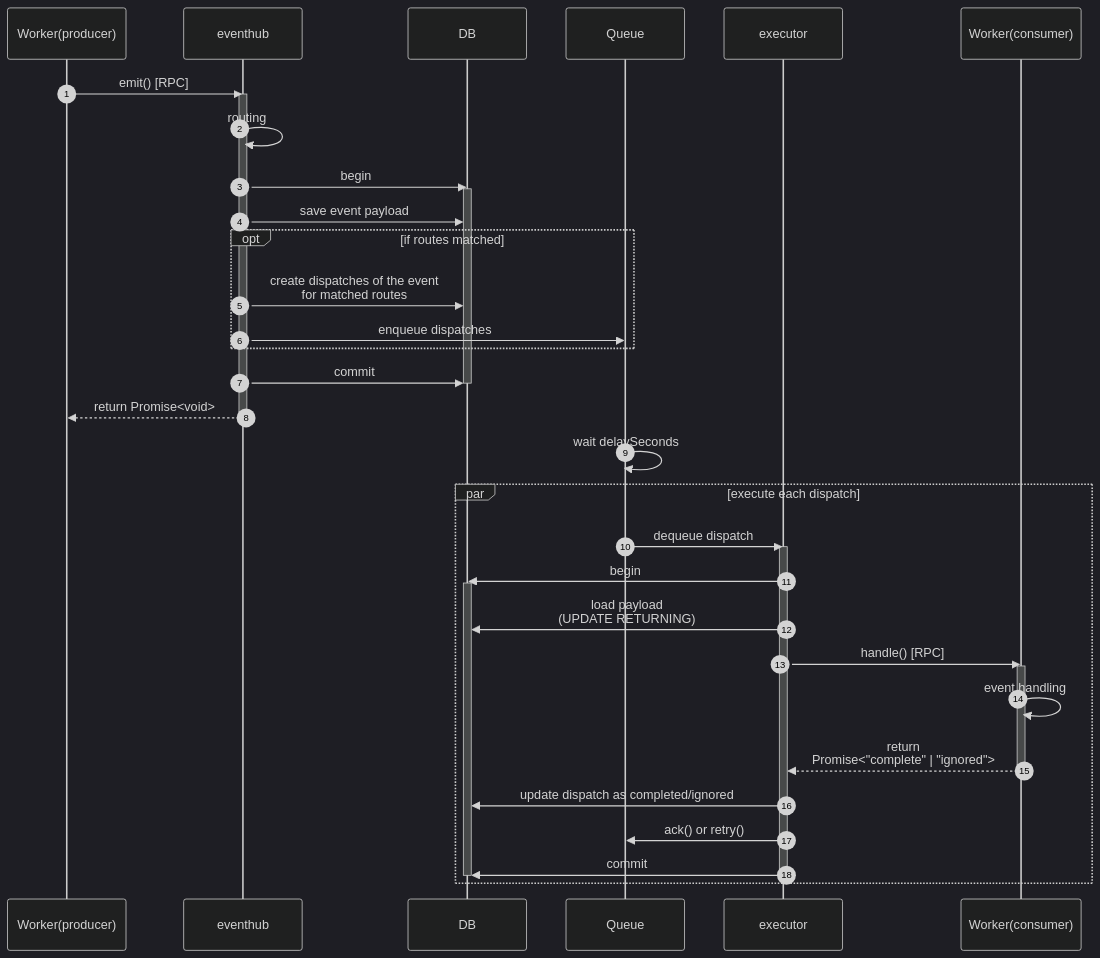
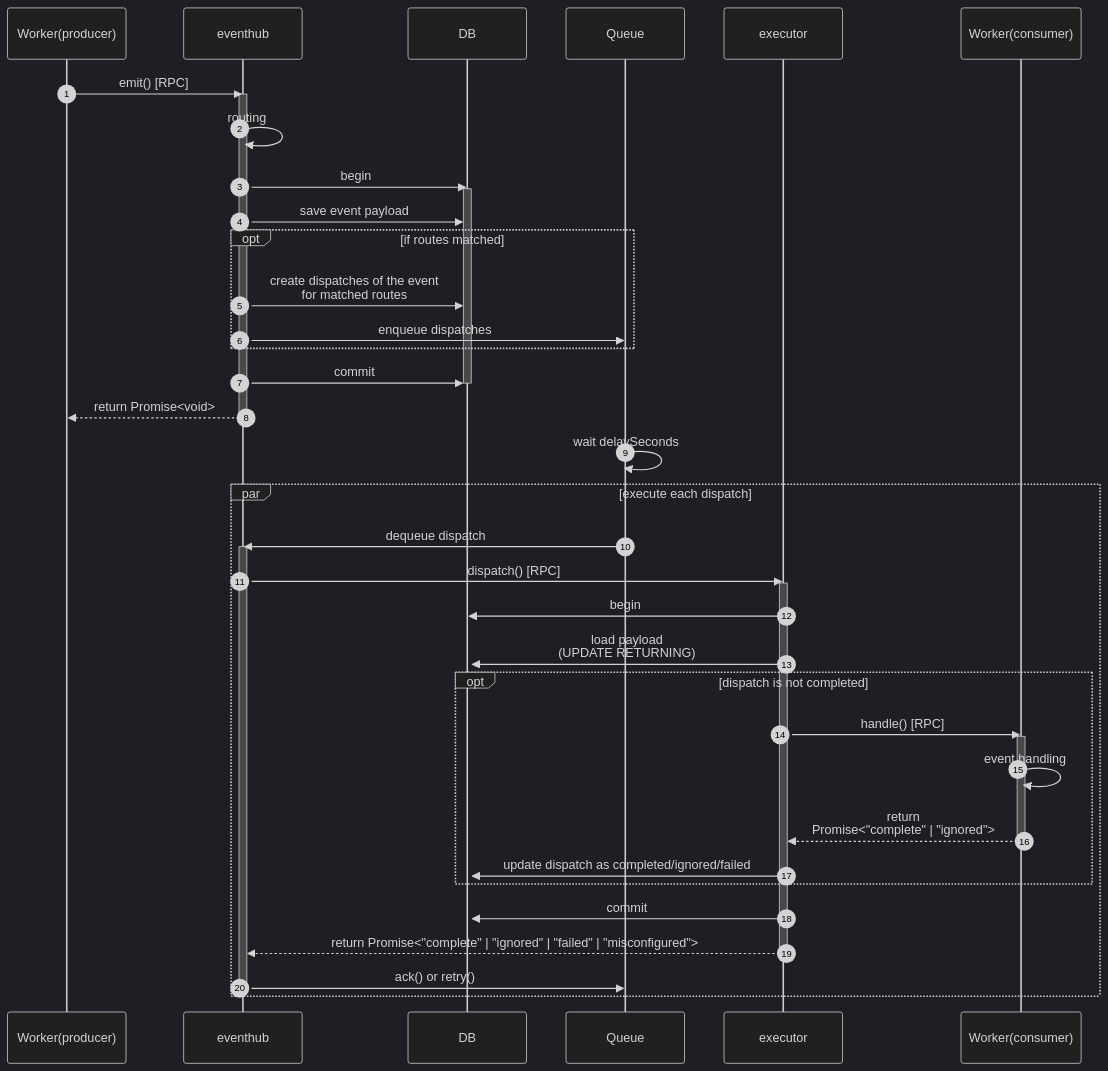
One commit to daichitakahashi/cf-eventhub changed the first of 2 diagrams in README.md. Above: the diagram before and after it, drawn with Mermaid (dark theme). The commit also changed 1 other file, not shown here.

Commit message:
feat: update sequence of event dispatching

````diff
--- a/README.md
+++ b/README.md
@@ -11,45 +11,51 @@
 ```mermaid
 sequenceDiagram
   participant Worker1 as Worker(producer)
   participant eventhub as eventhub
   participant DB
   participant Queue as Queue
   participant executor as executor
   participant Worker2 as Worker(consumer)
 
   autonumber
   Worker1 ->> eventhub: emit() [RPC]
   activate eventhub
   eventhub ->> eventhub: routing
   eventhub ->> DB: begin
   activate DB
   eventhub ->> DB: save event payload
   opt if routes matched
     eventhub ->> DB: create dispatches of the event<br>for matched routes
     eventhub ->> Queue: enqueue dispatches
   end
   eventhub ->> DB: commit
   deactivate DB
   eventhub -->> Worker1: return Promise<void>
   deactivate eventhub
 
   Queue ->> Queue: wait delaySeconds
 
   par execute each dispatch
-    Queue ->> executor: dequeue dispatch
+    Queue ->> eventhub: dequeue dispatch
+    activate eventhub
+    eventhub ->> executor: dispatch() [RPC]
     activate executor
     executor ->> DB: begin
     activate DB
     executor ->> DB: load payload<br>(UPDATE RETURNING)
-    executor ->> Worker2: handle() [RPC]
-    activate Worker2
-    Worker2 ->> Worker2: event handling
-    Worker2 -->> executor: return<br>Promise<"complete" | "ignored">
-    deactivate Worker2
-    executor ->> DB: update dispatch as completed/ignored
-    executor ->> Queue: ack() or retry()
+    opt dispatch is not completed
+      executor ->> Worker2: handle() [RPC]
+      activate Worker2
+      Worker2 ->> Worker2: event handling
+      Worker2 -->> executor: return<br>Promise<"complete" | "ignored">
+      deactivate Worker2
+      executor ->> DB: update dispatch as completed/ignored/failed
+    end
     executor ->> DB: commit
-    deactivate DB
+
+    executor -->> eventhub: return Promise<"complete" | "ignored" | "failed" | "misconfigured">
     deactivate executor
+    eventhub ->> Queue: ack() or retry()
+    deactivate eventhub
   end
 ```
````
